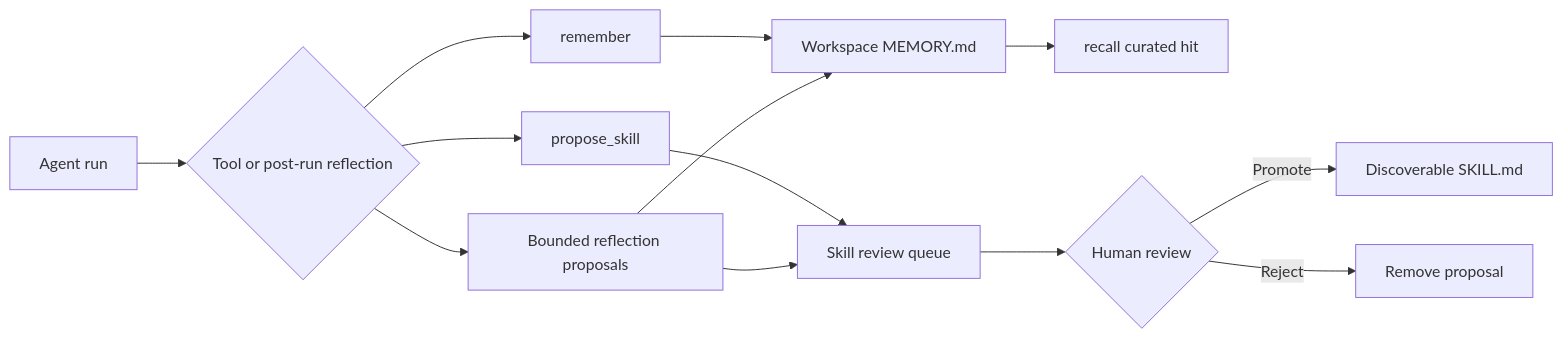
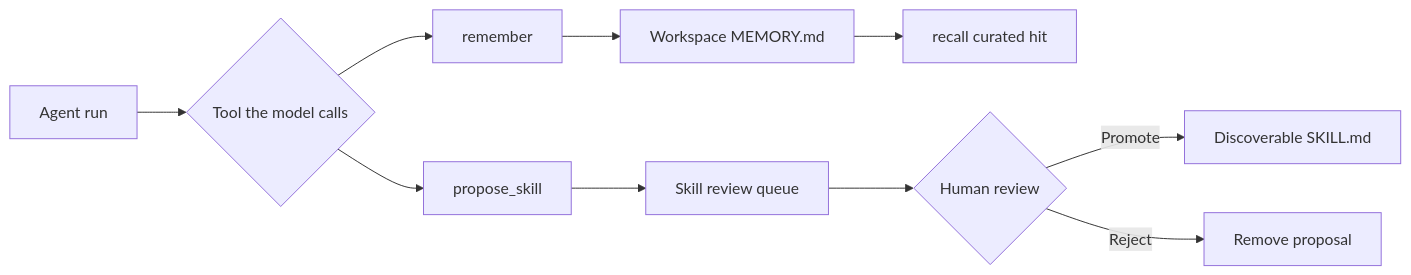
The diagram in docs/design/26-learning.md (nranjan2code/code), drawn with Mermaid before and after one commit. The commit also changed other lines of this file and 223 other files, not shown here.

````diff
--- a/docs/design/26-learning.md
+++ b/docs/design/26-learning.md
@@ -6,15 +6,12 @@
 ```mermaid
 flowchart LR
-    A[Agent run] --> B{Tool or post-run reflection}
+    A[Agent run] --> B{Tool the model calls}
     B --> C[remember]
     B --> D[propose_skill]
-    B --> E[Bounded reflection proposals]
     C --> F[Workspace MEMORY.md]
-    E --> F
     D --> G[Skill review queue]
-    E --> G
     F --> H[recall curated hit]
     G --> I{Human review}
     I -- Promote --> J[Discoverable SKILL.md]
     I -- Reject --> K[Remove proposal]
 ```
````
